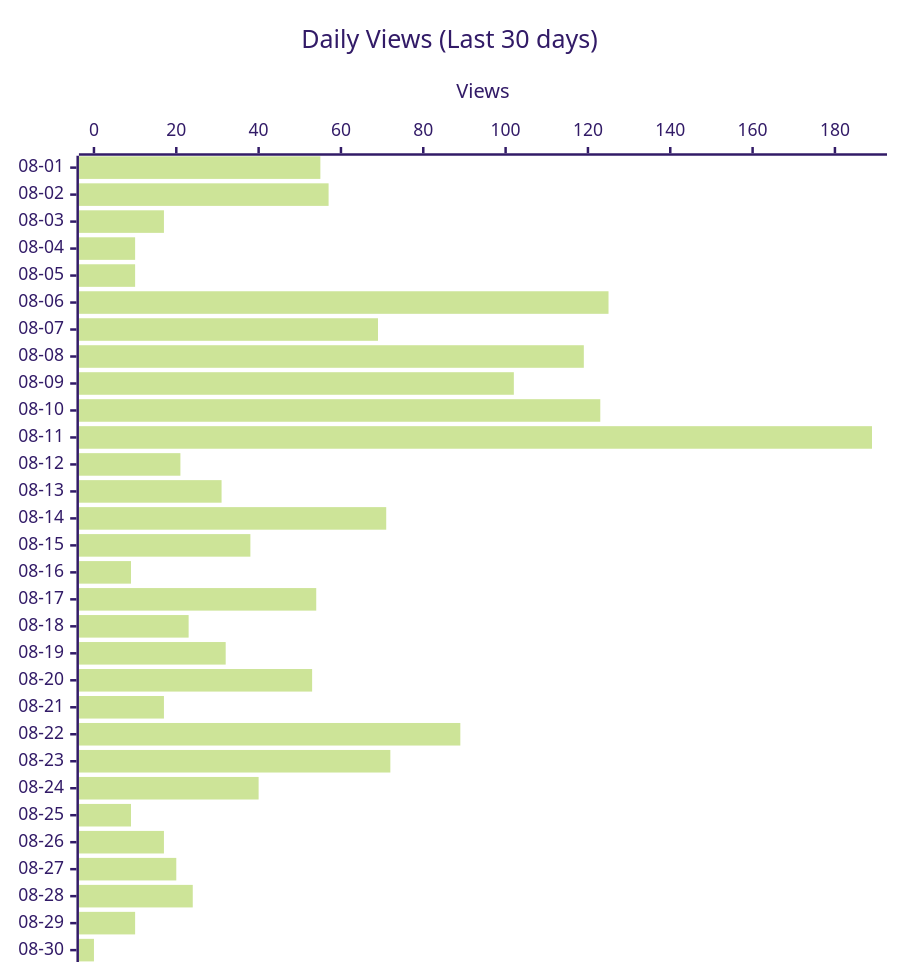
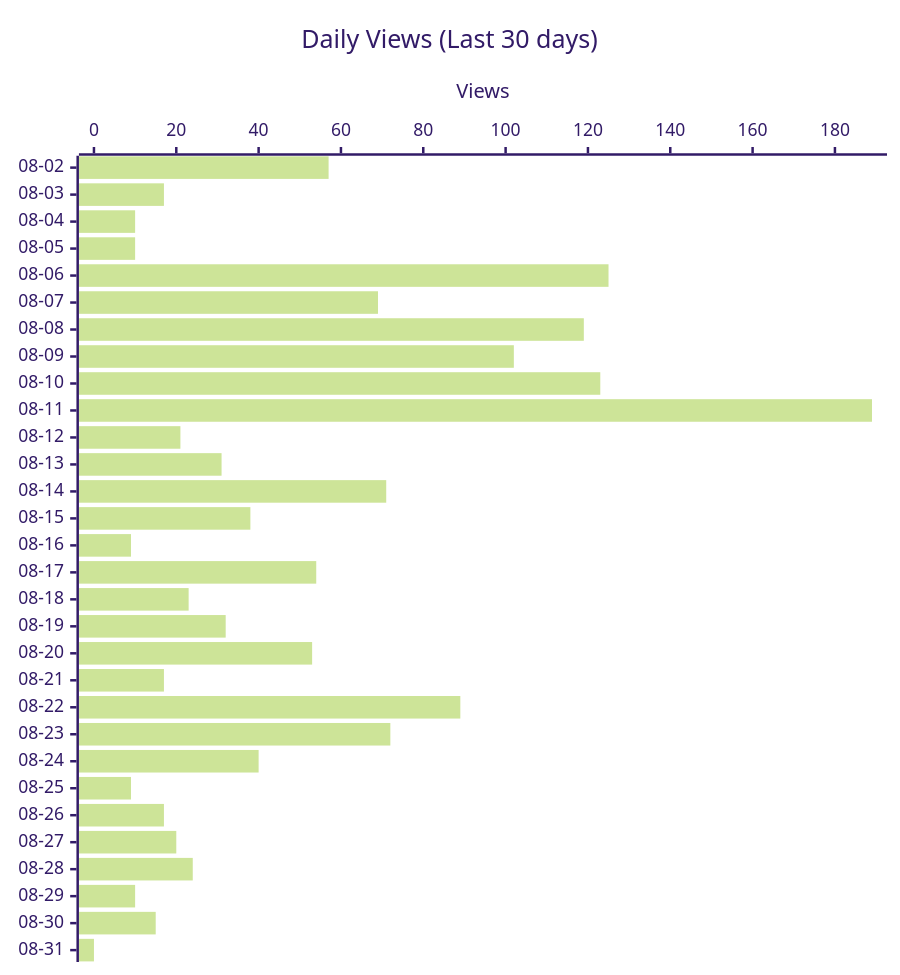
Before and after one commit to shigechika/github-insights: the second of 4 diagrams in README.md, drawn with Mermaid (forest theme). The commit also changed other lines of this file and 2 other files, not shown here.

````diff
--- a/README.md
+++ b/README.md
@@ -28,12 +28,12 @@
 ```mermaid
 ---
 config:
   xyChart:
     height: 760
 ---
 xychart-beta horizontal
     title "Daily Views (Last 30 days)"
-    x-axis ["08-01", "08-02", "08-03", "08-04", "08-05", "08-06", "08-07", "08-08", "08-09", "08-10", "08-11", "08-12", "08-13", "08-14", "08-15", "08-16", "08-17", "08-18", "08-19", "08-20", "08-21", "08-22", "08-23", "08-24", "08-25", "08-26", "08-27", "08-28", "08-29", "08-30"]
+    x-axis ["08-02", "08-03", "08-04", "08-05", "08-06", "08-07", "08-08", "08-09", "08-10", "08-11", "08-12", "08-13", "08-14", "08-15", "08-16", "08-17", "08-18", "08-19", "08-20", "08-21", "08-22", "08-23", "08-24", "08-25", "08-26", "08-27", "08-28", "08-29", "08-30", "08-31"]
     y-axis "Views"
-    bar [55, 57, 17, 10, 10, 125, 69, 119, 102, 123, 189, 21, 31, 71, 38, 9, 54, 23, 32, 53, 17, 89, 72, 40, 9, 17, 20, 24, 10, 0]
+    bar [57, 17, 10, 10, 125, 69, 119, 102, 123, 189, 21, 31, 71, 38, 9, 54, 23, 32, 53, 17, 89, 72, 40, 9, 17, 20, 24, 10, 15, 0]
 ```
````
